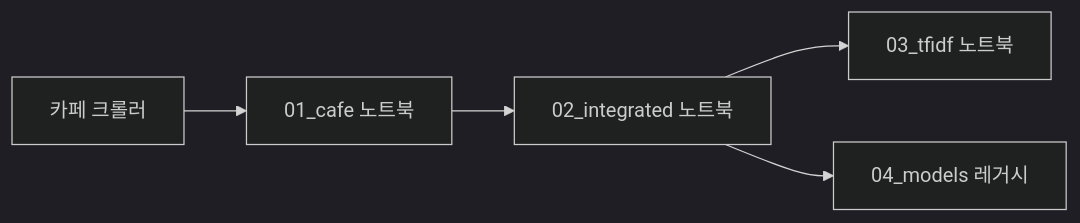
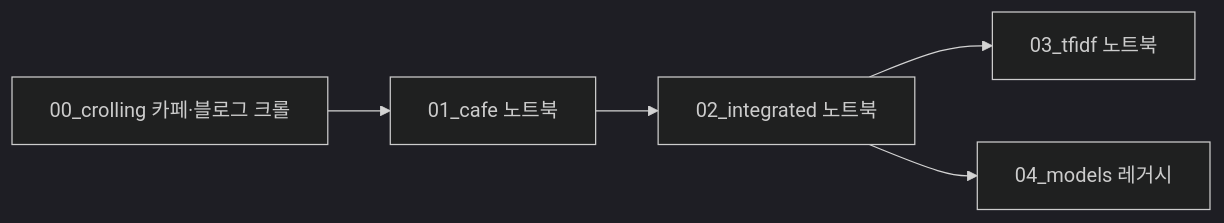
The diagram in PROJECT_STRUCTURE.md (01tjdus/Increase-in-medical-school-seats), drawn with Mermaid (dark theme) before and after one commit. The commit also changed other lines of this file and 6 other files, not shown here.

First line of the commit message:
Docs: 00_crolling 경로·산출물 표·K-Means 전 노트북 비교 반영; 크롤러 출력 경로 수정

````diff
--- a/PROJECT_STRUCTURE.md
+++ b/PROJECT_STRUCTURE.md
@@ -10,10 +10,10 @@
 ```mermaid
 flowchart LR
-  crawl[카페 크롤러]
+  crawl0[00_crolling 카페·블로그 크롤]
   cafe_nb[01_cafe 노트북]
   int_nb[02_integrated 노트북]
   tfidf_nb[03_tfidf 노트북]
   legacy[04_models 레거시]
-  crawl --> cafe_nb --> int_nb --> tfidf_nb
+  crawl0 --> cafe_nb --> int_nb --> tfidf_nb
   int_nb --> legacy
 ```
````
